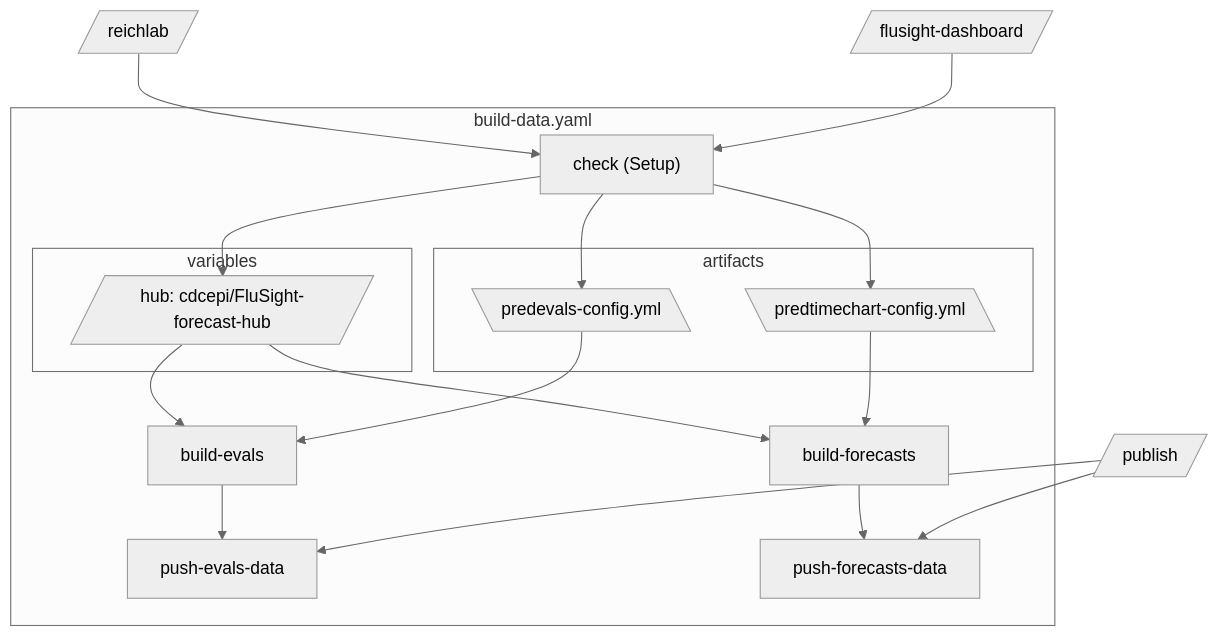
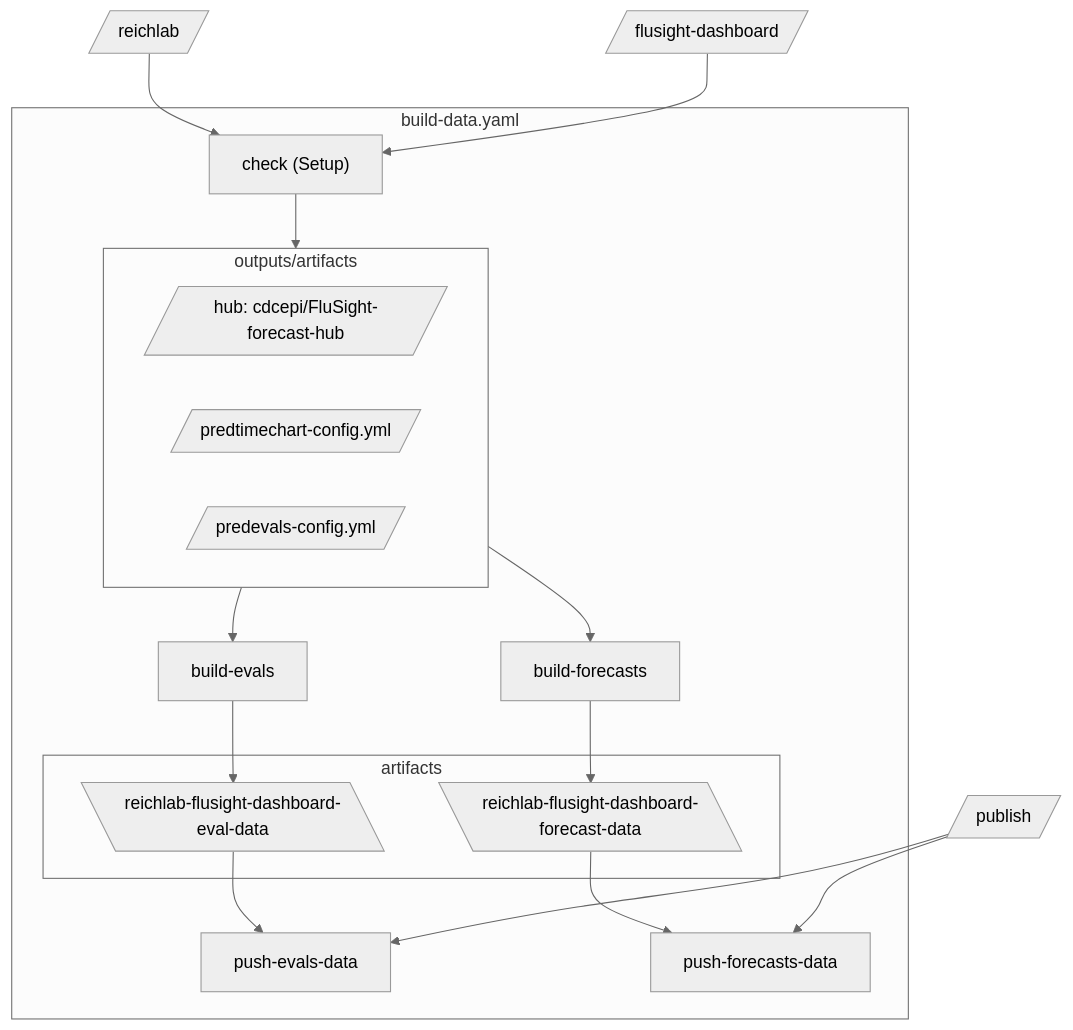
The fifth of 7 diagrams in docs/source/developer/dashboard-workflows.md (hubverse-org/hubDocs), drawn with Mermaid (neutral theme) before and after one commit. The commit also changed other lines of this file, not shown here.

````diff
--- a/docs/source/developer/dashboard-workflows.md
+++ b/docs/source/developer/dashboard-workflows.md
@@ -380,27 +394,27 @@
 ```{mermaid}
 :name: generate-data-overview
 :config: {"theme": "base", "themeVariables": {"primaryColor": "#dbeefb", "primaryBorderColor": "#3c88be"}}
 flowchart TD
     org[/reichlab/]
     dashboard[/flusight-dashboard/]
     publish[/publish/]
     subgraph build-data.yaml
         check["check (Setup)"]
-        subgraph variables
+        subgraph outputs/artifacts
             hub[/hub: cdcepi/FluSight-forecast-hub/]
+            cfgf[/"predtimechart-config.yml"/]
+            cfge[/"predevals-config.yml"/]
         end
         subgraph artifacts
-            predtimechart-config.yml[\"predtimechart-config.yml"\]
-            predevals-config.yml[\"predevals-config.yml"\]
+            eval-data[\"reichlab-flusight-dashboard-eval-data"\]
+            forecast-data[\"reichlab-flusight-dashboard-forecast-data"\]
         end
-        check --> hub
-        hub --> build-evals
-        hub --> build-forecasts
-        check --> predevals-config.yml --> build-evals --> push-evals-data
-        check --> predtimechart-config.yml --> build-forecasts --> push-forecasts-data
+        check --> outputs/artifacts
+        outputs/artifacts --> build-evals --> eval-data --> push-evals-data
+        outputs/artifacts --> build-forecasts --> forecast-data --> push-forecasts-data
     end
     org --> check
     dashboard --> check
     publish --> push-evals-data
     publish --> push-forecasts-data
 ```
````
